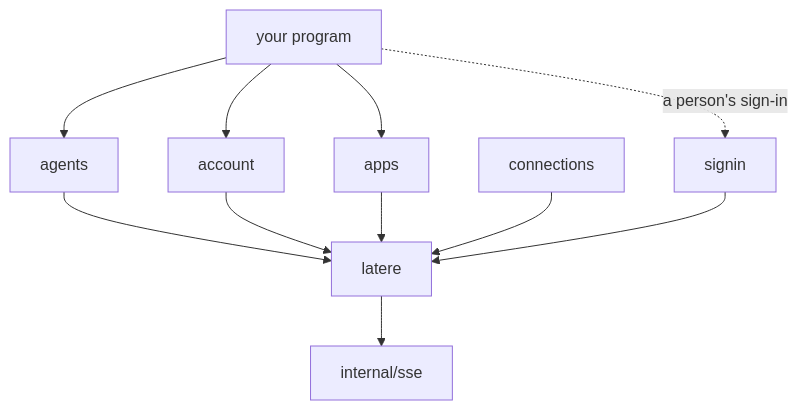
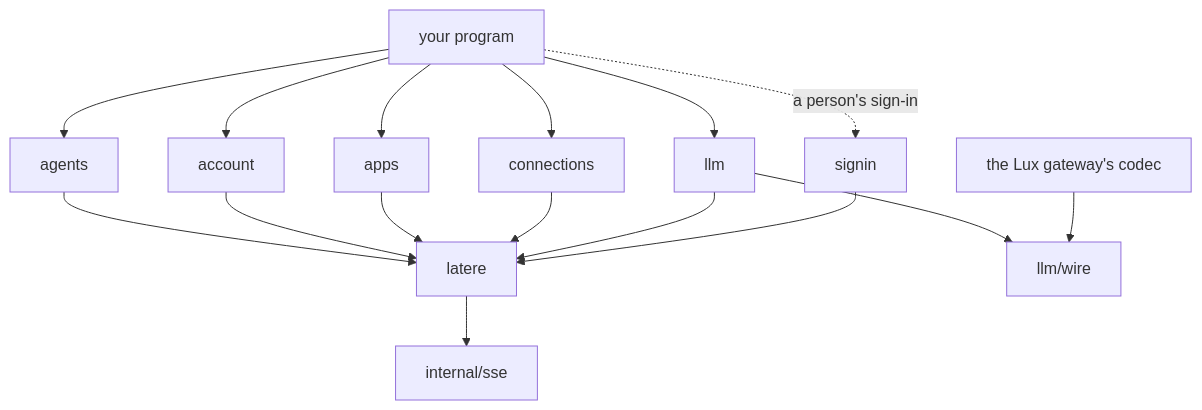
The diagram in docs/design.md (latere-ai/sdk-go), drawn with Mermaid before and after one commit. The commit also changed other lines of this file and 2 other files, not shown here.

````diff
--- a/docs/design.md
+++ b/docs/design.md
@@ -23,13 +23,18 @@
 ```mermaid
 flowchart TD
     agents --> latere
     account --> latere
     apps --> latere
     connections --> latere
+    llm --> latere
+    llm --> wire[llm/wire]
     signin --> latere
     latere --> sse[internal/sse]
     app[your program] --> agents
     app --> account
     app --> apps
+    app --> connections
+    app --> llm
     app -. a person's sign-in .-> signin
+    gateway[the Lux gateway's codec] --> wire
 ```
````
